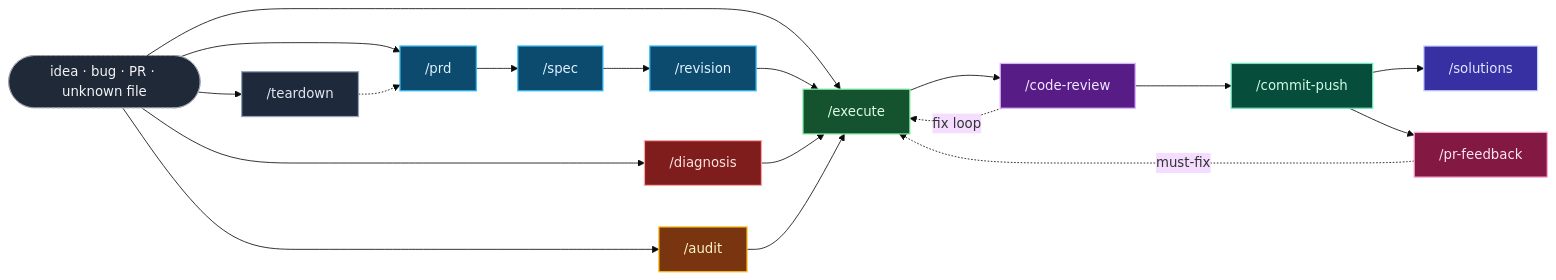
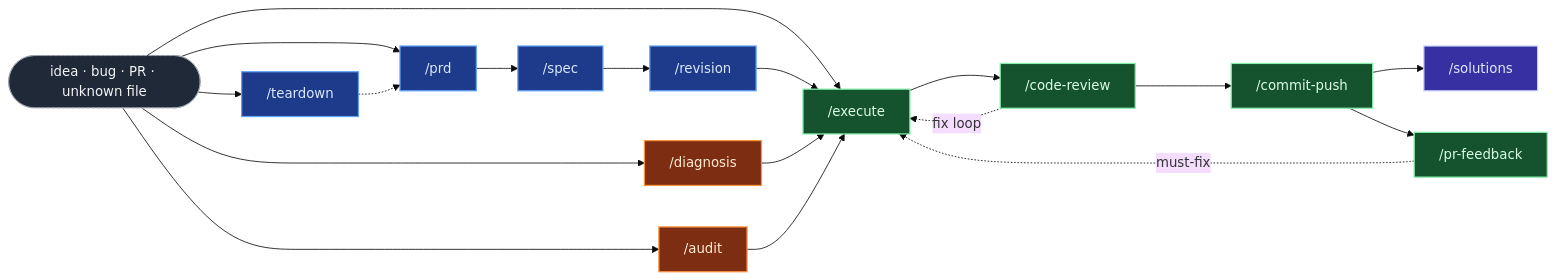
Before and after one commit to vilarjp/eva: the first of 6 diagrams in README.md, drawn with Mermaid. The commit also changed other lines of this file, not shown here.

````diff
--- a/README.md
+++ b/README.md
@@ -197,49 +235,44 @@
 ```mermaid
 %%{init: {'theme':'base','themeVariables':{'fontFamily':'ui-sans-serif, system-ui'}}}%%
 flowchart LR
-    classDef input      fill:#1f2937,stroke:#9ca3af,color:#f3f4f6,stroke-dasharray:3 3
-    classDef plan       fill:#0c4a6e,stroke:#38bdf8,color:#e0f2fe,stroke-width:1.5px
-    classDef archaeo    fill:#1e293b,stroke:#94a3b8,color:#e2e8f0,stroke-width:1.5px
-    classDef investigate fill:#7f1d1d,stroke:#fca5a5,color:#fee2e2,stroke-width:1.5px
-    classDef audit      fill:#78350f,stroke:#fbbf24,color:#fef3c7,stroke-width:1.5px
-    classDef build      fill:#14532d,stroke:#86efac,color:#dcfce7,stroke-width:1.5px
-    classDef review     fill:#581c87,stroke:#d8b4fe,color:#f3e8ff,stroke-width:1.5px
-    classDef external   fill:#831843,stroke:#f9a8d4,color:#fce7f3,stroke-width:1.5px
-    classDef ship       fill:#064e3b,stroke:#6ee7b7,color:#d1fae5,stroke-width:1.5px
-    classDef memory     fill:#3730a3,stroke:#c7d2fe,color:#e0e7ff,stroke-width:1.5px
+    classDef input fill:#1f2937,stroke:#9ca3af,color:#f3f4f6,stroke-dasharray:3 3
+    classDef plan  fill:#1e3a8a,stroke:#60a5fa,color:#dbeafe,stroke-width:1.5px
+    classDef inv   fill:#7c2d12,stroke:#fb923c,color:#ffedd5,stroke-width:1.5px
+    classDef build fill:#14532d,stroke:#86efac,color:#dcfce7,stroke-width:1.5px
+    classDef mem   fill:#3730a3,stroke:#c7d2fe,color:#e0e7ff,stroke-width:1.5px
 
     idea(["idea · bug · PR · unknown file"]):::input
 
-    teardown["/teardown"]:::archaeo
+    teardown["/teardown"]:::plan
     prd["/prd"]:::plan
     spec["/spec"]:::plan
     revision["/revision"]:::plan
-    diagnosis["/diagnosis"]:::investigate
-    audit["/audit"]:::audit
+    diagnosis["/diagnosis"]:::inv
+    audit["/audit"]:::inv
     execute["/execute"]:::build
-    review["/code-review"]:::review
-    prfb["/pr-feedback"]:::external
-    push["/commit-push"]:::ship
-    solutions["/solutions"]:::memory
+    review["/code-review"]:::build
+    prfb["/pr-feedback"]:::build
+    push["/commit-push"]:::build
+    solutions["/solutions"]:::mem
 
     idea --> teardown
     idea --> prd
     idea --> diagnosis
     idea --> audit
     idea --> execute
 
     teardown -.-> prd
     prd --> spec
     spec --> revision
     revision --> execute
     diagnosis --> execute
     audit --> execute
 
     execute --> review
     review --> push
     review -. fix loop .-> execute
     push --> solutions
 
     push --> prfb
     prfb -. must-fix .-> execute
 ```
````
